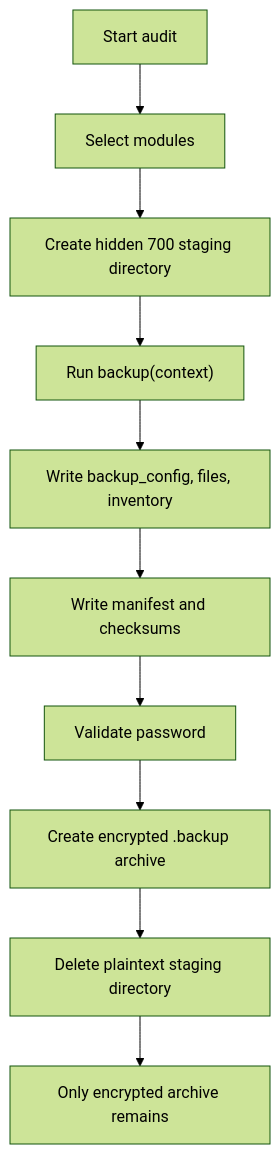
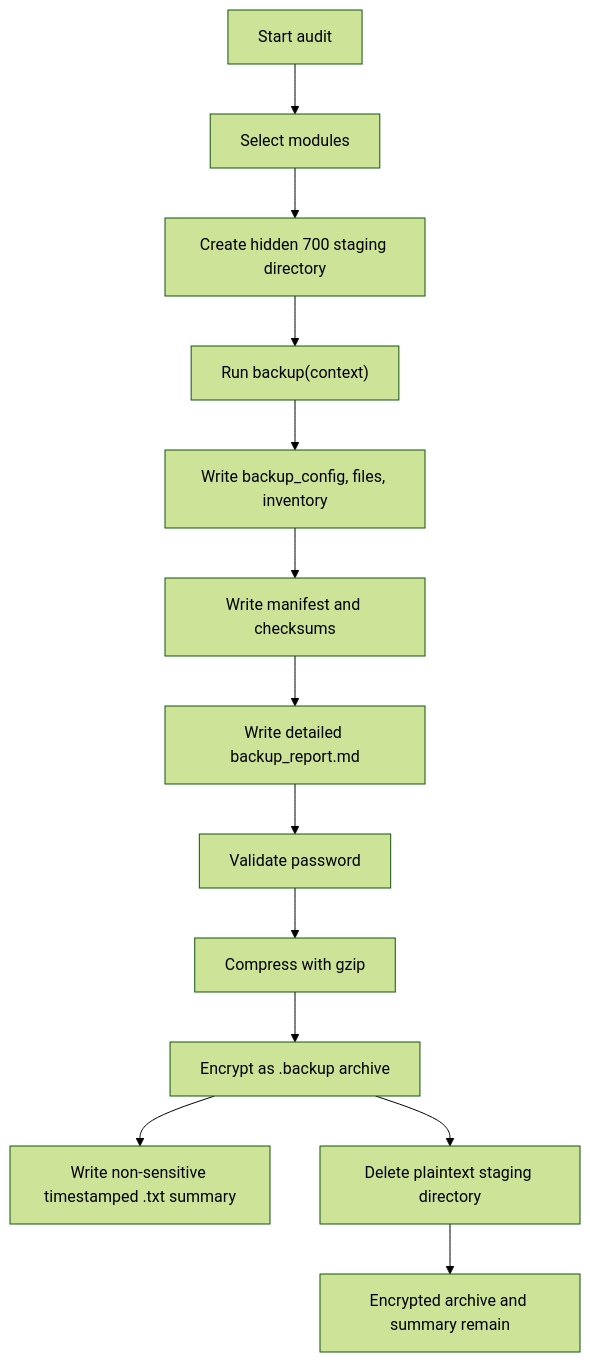
The second of 5 diagrams in README.md (Flaivo/macRestore), drawn with Mermaid (forest theme) before and after one commit. The commit also changed other lines of this file and 16 other files, not shown here.

````diff
--- a/README.md
+++ b/README.md
@@ -297,12 +299,15 @@
 ```mermaid
 flowchart TD
     Start["Start audit"] --> Select["Select modules"]
     Select --> Temp["Create hidden 700 staging directory"]
     Temp --> Module["Run backup(context)"]
     Module --> Config["Write backup_config, files, inventory"]
     Config --> Manifest["Write manifest and checksums"]
-    Manifest --> Password["Validate password"]
-    Password --> Encrypt["Create encrypted .backup archive"]
+    Manifest --> Detailed["Write detailed backup_report.md"]
+    Detailed --> Password["Validate password"]
+    Password --> Compress["Compress with gzip"]
+    Compress --> Encrypt["Encrypt as .backup archive"]
+    Encrypt --> Summary["Write non-sensitive timestamped .txt summary"]
     Encrypt --> Delete["Delete plaintext staging directory"]
-    Delete --> Done["Only encrypted archive remains"]
+    Delete --> Done["Encrypted archive and summary remain"]
 ```
````
